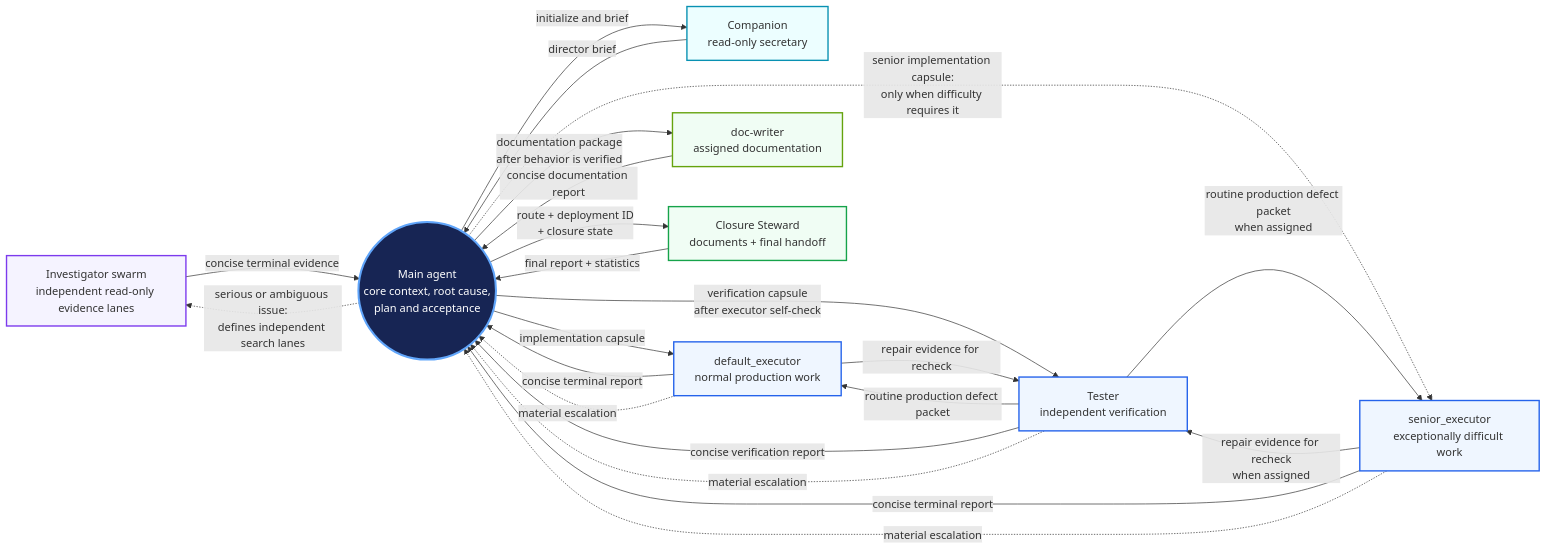
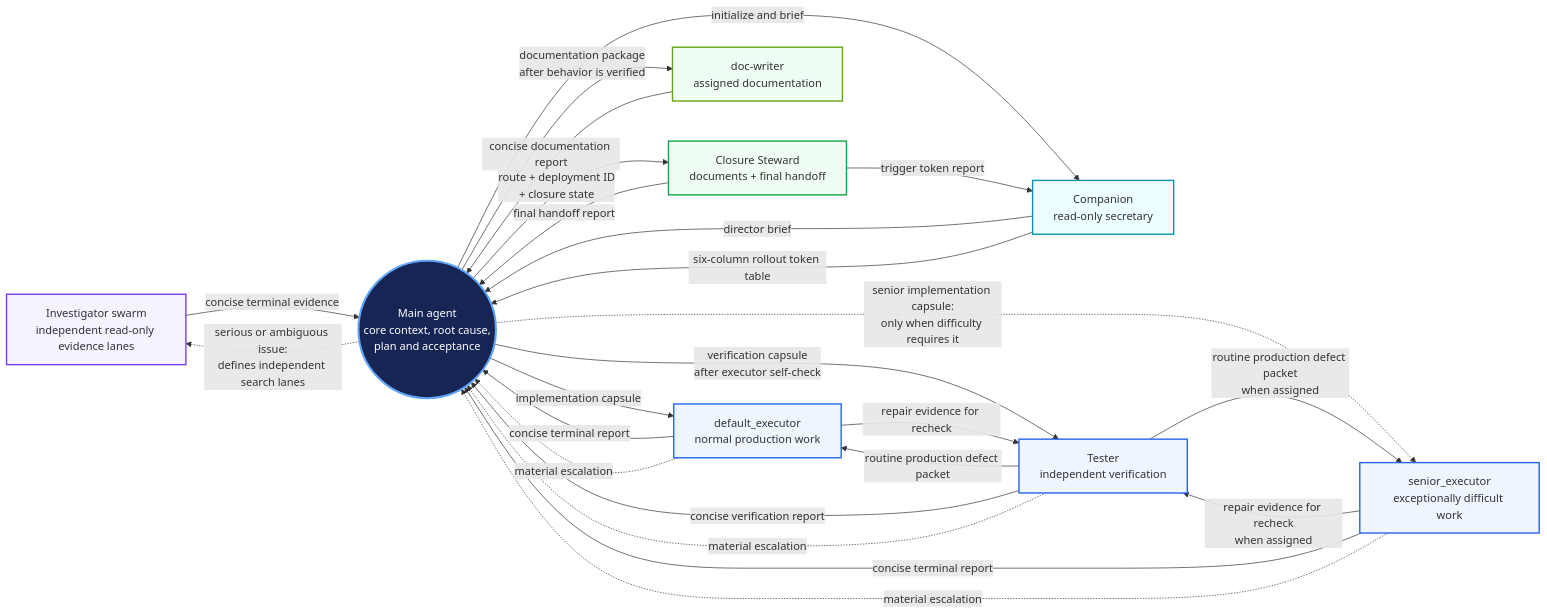
Before and after one commit to Aerox912/codex_workflow: the diagram in workflow_usage.md, drawn with Mermaid. The commit also changed other lines of this file and 21 other files, not shown here.

````diff
--- a/workflow_usage.md
+++ b/workflow_usage.md
@@ -367,49 +377,51 @@
 ```mermaid
 flowchart LR
     I["Investigator swarm<br/>independent read-only evidence lanes"]
     C["Companion<br/>read-only secretary"]
     M(("Main agent<br/>core context, root cause,<br/>plan and acceptance"))
     D["default_executor<br/>normal production work"]
     S["senior_executor<br/>exceptionally difficult work"]
     T["Tester<br/>independent verification"]
     W["doc-writer<br/>assigned documentation"]
     X["Closure Steward<br/>documents + final handoff"]
 
     M -->|initialize and brief| C
     M -.->|serious or ambiguous issue:<br/>defines independent search lanes| I
     C -->|director brief| M
     I -->|concise terminal evidence| M
 
     M -->|implementation capsule| D
     M -.->|senior implementation capsule:<br/>only when difficulty requires it| S
     M -->|verification capsule<br/>after executor self-check| T
     T -->|routine production defect packet| D
     D -->|repair evidence for recheck| T
     T -->|routine production defect packet<br/>when assigned| S
     S -->|repair evidence for recheck<br/>when assigned| T
     D -->|concise terminal report| M
     S -->|concise terminal report| M
     T -->|concise verification report| M
     D -.->|material escalation| M
     S -.->|material escalation| M
     T -.->|material escalation| M
 
     M -->|documentation package<br/>after behavior is verified| W
     W -->|concise documentation report| M
 
     M -->|route + deployment ID<br/>+ closure state| X
-    X -->|final report + statistics| M
+    X -->|trigger token report| C
+    X -->|final handoff report| M
+    C -->|six-column rollout token table| M
 
     classDef center fill:#172554,color:#fff,stroke:#60a5fa,stroke-width:3px;
     classDef wrapper fill:#ecfeff,stroke:#0891b2,stroke-width:2px;
     classDef research fill:#f5f3ff,stroke:#7c3aed,stroke-width:2px;
     classDef execution fill:#eff6ff,stroke:#2563eb,stroke-width:2px;
     classDef documentation fill:#f0fdf4,stroke:#65a30d,stroke-width:2px;
     classDef closure fill:#f0fdf4,stroke:#16a34a,stroke-width:2px;
     class M center;
     class C wrapper;
     class I research;
     class D,S,T execution;
     class W documentation;
     class X closure;
 ```
````
